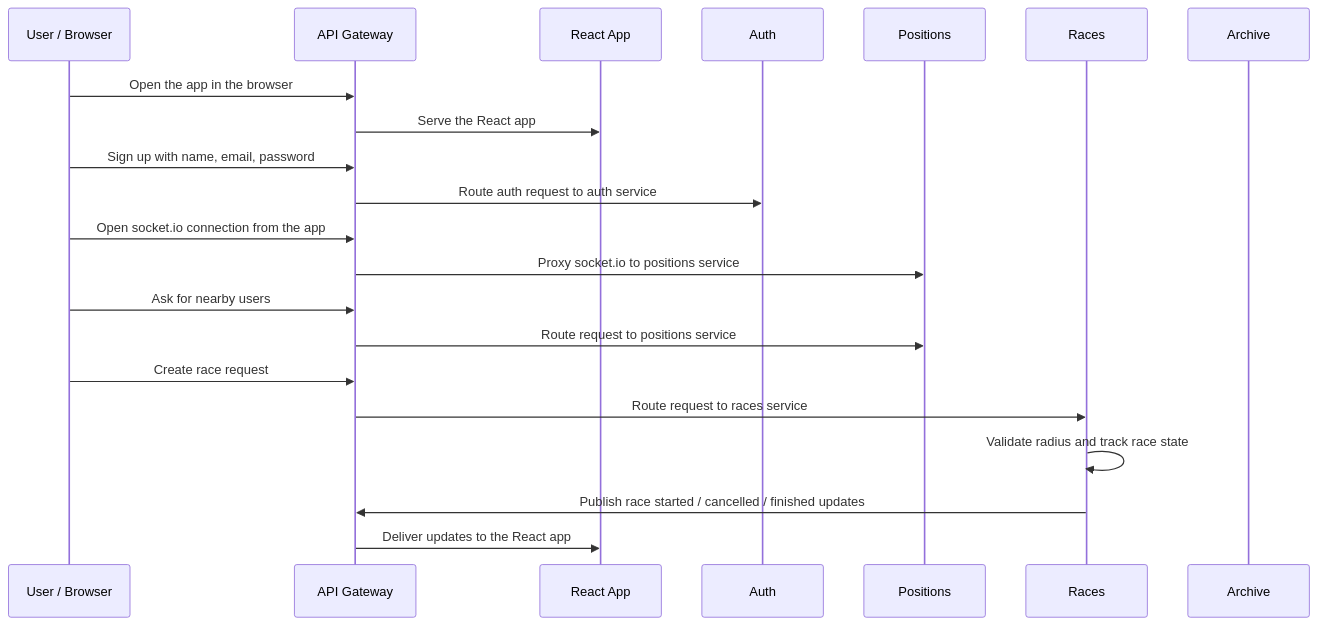
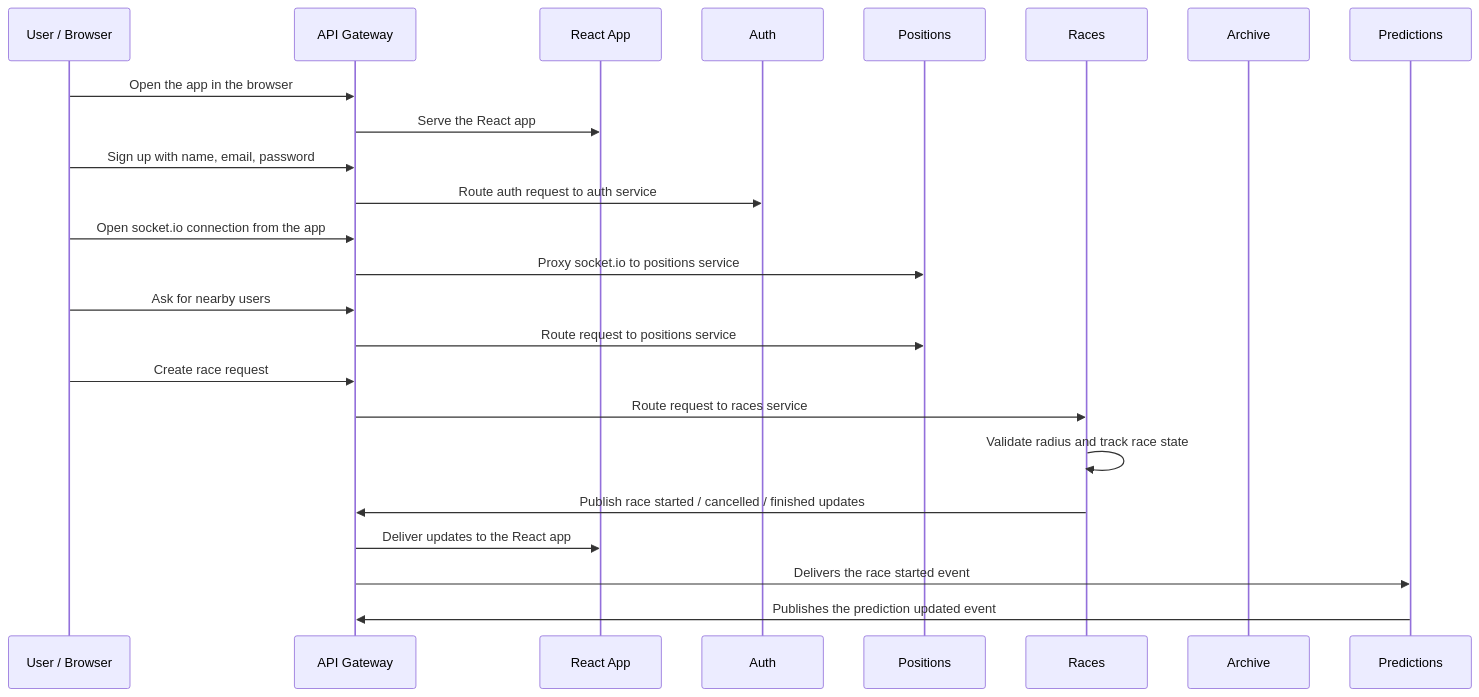
The third of 4 diagrams in README.md (yojimbo-ah/racer-io), drawn with Mermaid before and after one commit. The commit also changed other lines of this file and 5 other files, not shown here.

Commit message:
fixed most errors , connected the predictions service (fast api sever) to nats steaming and started creating some listeners

````diff
--- a/README.md
+++ b/README.md
@@ -189,24 +191,29 @@
 ```mermaid
 sequenceDiagram
   participant U as User / Browser
   participant G as API Gateway
   participant C as React App
   participant A as Auth
   participant P as Positions
   participant R as Races
   participant H as Archive
+  participant W as Predictions 
 
   U->>G: Open the app in the browser
   G->>C: Serve the React app
   U->>G: Sign up with name, email, password
   G->>A: Route auth request to auth service
   U->>G: Open socket.io connection from the app
   G->>P: Proxy socket.io to positions service
   U->>G: Ask for nearby users
   G->>P: Route request to positions service
   U->>G: Create race request
   G->>R: Route request to races service
   R->>R: Validate radius and track race state
   R->>G: Publish race started / cancelled / finished updates
   G->>C: Deliver updates to the React app
+
+  G->>W: Delivers the race started event
+  W->>G: Publishes the prediction updated event
+  
 ```
````
